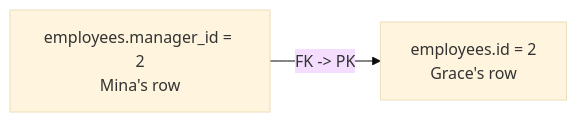
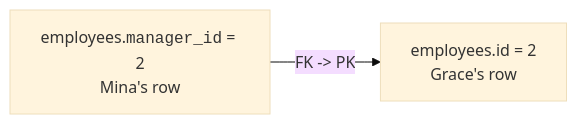
Before and after one commit to dataslope/dataslope: the third of 6 diagrams in content/learn/database-design-postgresql/self-referencing-relationships.mdx, drawn with Mermaid (base theme). The commit also changed other lines of this file and 153 other files, not shown here.

First line of the commit message:
Render code-only mermaid shapes in monospace; convert step sequences to Steps

````diff
--- a/content/learn/database-design-postgresql/self-referencing-relationships.mdx
+++ b/content/learn/database-design-postgresql/self-referencing-relationships.mdx
@@ -47,4 +47,4 @@
 ```mermaid
 flowchart LR
-    Child["employees.manager_id = 2<br/>Mina's row"] -->|"FK -> PK"| Parent["employees.id = 2<br/>Grace's row"]
+    Child["employees.<code>manager_id</code> = 2<br/>Mina's row"] -->|"FK -> PK"| Parent["employees.id = 2<br/>Grace's row"]
 ```
````
